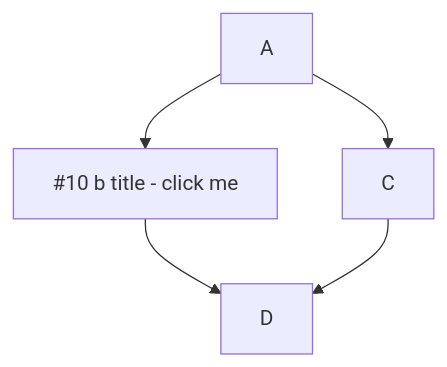
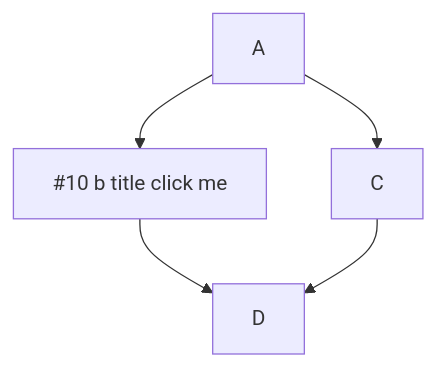
The first of 5 diagrams in README-template.md (sdzialowski-godaddy/mermaid), drawn with Mermaid before and after one commit. The commit also changed 1 other file, not shown here.

Commit message:
clikc me

````diff
--- a/README-template.md
+++ b/README-template.md
@@ -27,7 +27,7 @@
 ```mermaid
   graph TD;
-      A-->B[#10 b title - click me];
+      A-->B[#10 b title click me];
       A-->C;
       B-->D;
       C-->D;
 ```
````
